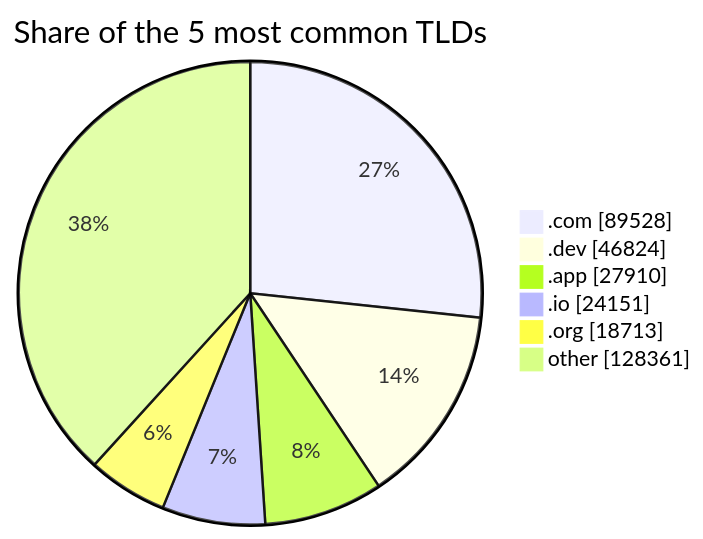
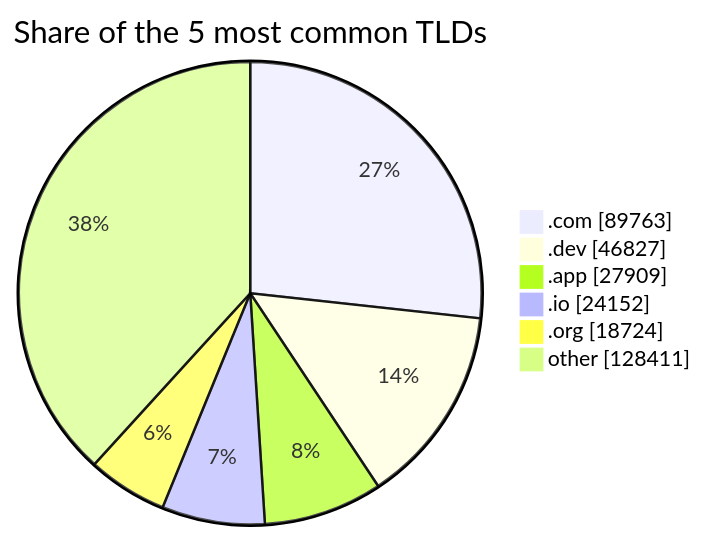
The third of 3 diagrams in README.md (DNSBunker/CTI), drawn with Mermaid before and after one commit. The commit also changed other lines of this file and 3 other files, not shown here.

````diff
--- a/README.md
+++ b/README.md
@@ -81,9 +81,9 @@
 ```mermaid
 pie showData title Share of the 5 most common TLDs
-    ".com" : 89528
-    ".dev" : 46824
-    ".app" : 27910
-    ".io" : 24151
-    ".org" : 18713
-    "other" : 128361
+    ".com" : 89763
+    ".dev" : 46827
+    ".app" : 27909
+    ".io" : 24152
+    ".org" : 18724
+    "other" : 128411
 ```
````
